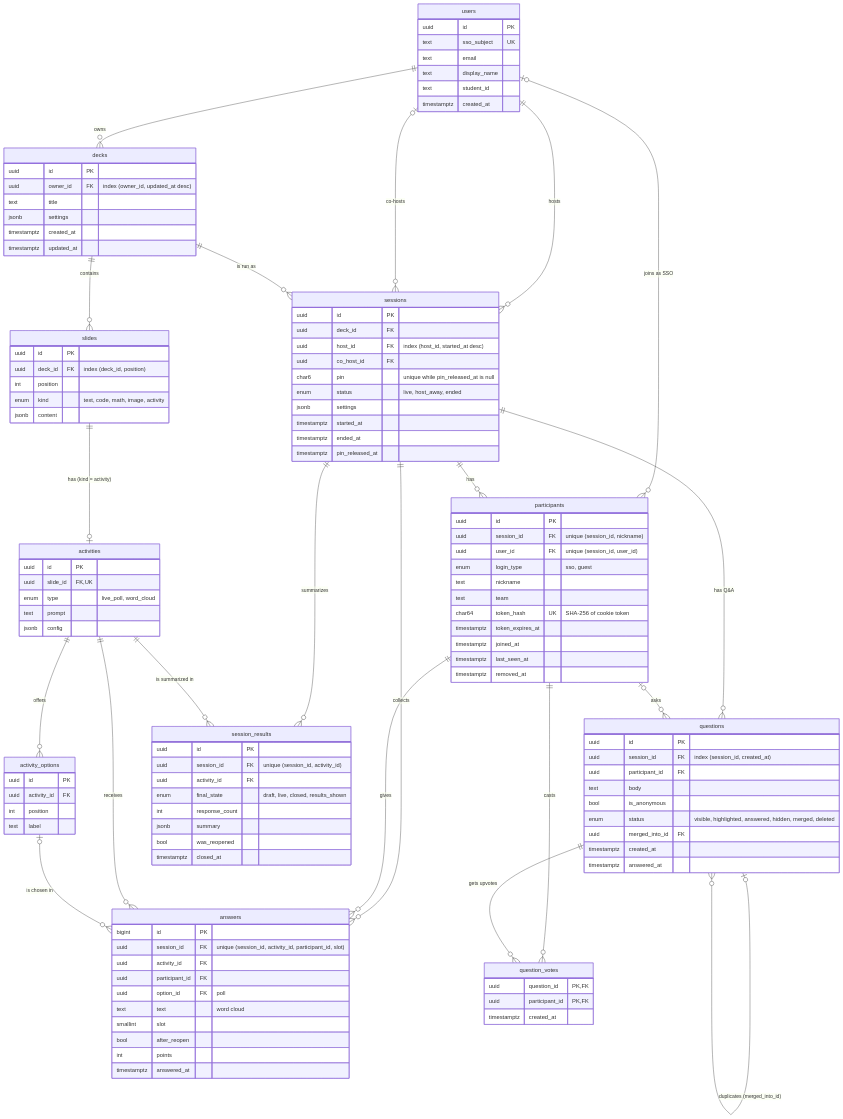
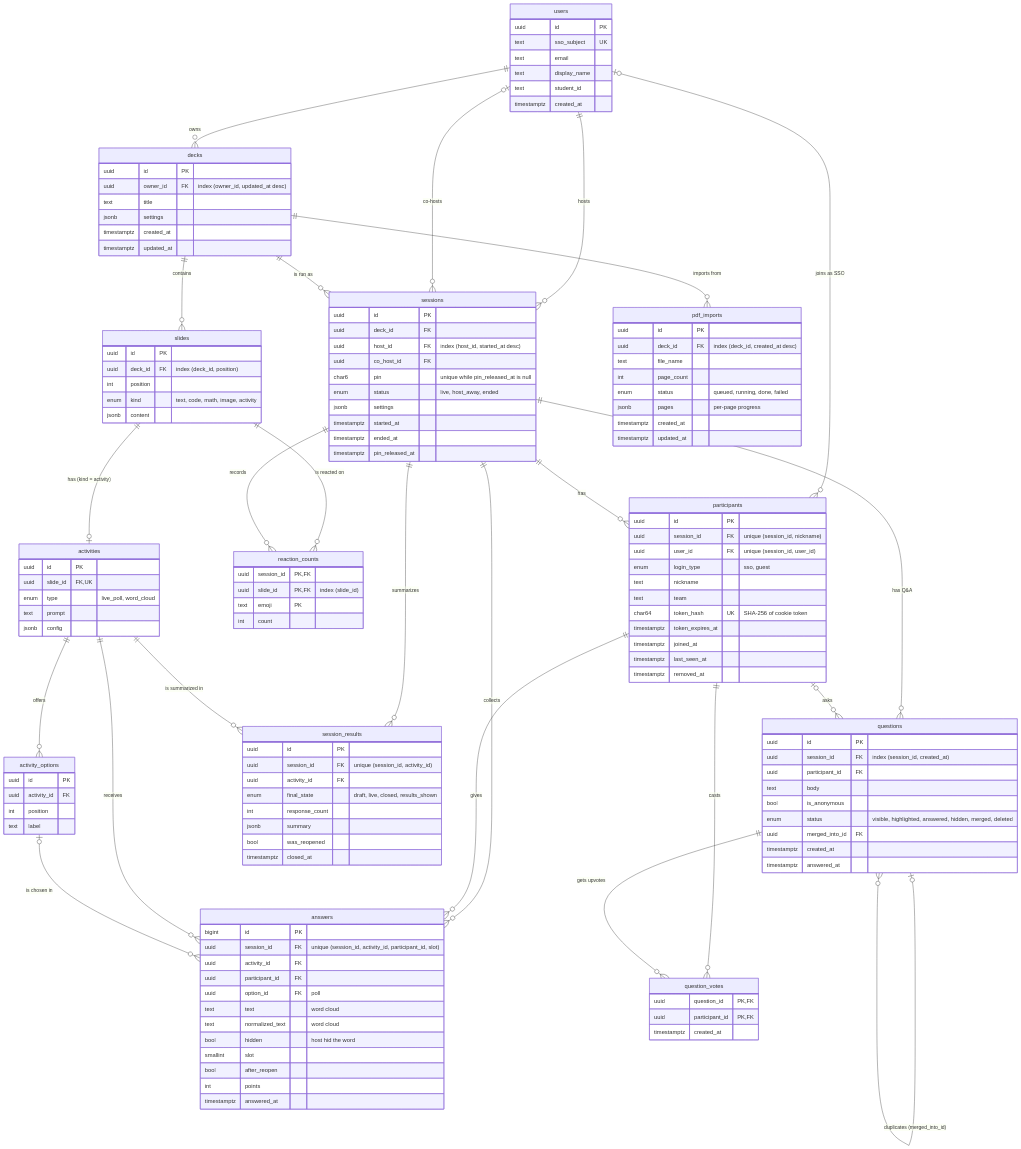
One commit to lnwwaveza007/ModDeck changed the diagram in docs/db/erd.md. Above: the diagram before and after it, drawn with Mermaid. The commit also changed 4 other files, not shown here.

Commit message:
feat: add reaction counts, PDF imports and word moderation columns

```diff
--- a/docs/db/erd.md
+++ b/docs/db/erd.md
@@ -13,6 +13,9 @@
 
     decks ||--o{ slides : contains
     decks ||--o{ sessions : "is run as"
+    decks ||--o{ pdf_imports : "imports from"
+    slides ||--o{ reaction_counts : "is reacted on"
+    sessions ||--o{ reaction_counts : records
 
     slides ||--o| activities : "has (kind = activity)"
     activities ||--o{ activity_options : offers
@@ -101,6 +104,8 @@
         uuid participant_id FK
         uuid option_id FK "poll"
         text text "word cloud"
+        text normalized_text "word cloud"
+        bool hidden "host hid the word"
         smallint slot
         bool after_reopen
         int points
@@ -122,6 +127,22 @@
         uuid participant_id PK, FK
         timestamptz created_at
     }
+    reaction_counts {
+        uuid session_id PK, FK
+        uuid slide_id PK, FK "index (slide_id)"
+        text emoji PK
+        int count
+    }
+    pdf_imports {
+        uuid id PK
+        uuid deck_id FK "index (deck_id, created_at desc)"
+        text file_name
+        int page_count
+        enum status "queued, running, done, failed"
+        jsonb pages "per-page progress"
+        timestamptz created_at
+        timestamptz updated_at
+    }
     session_results {
         uuid id PK
         uuid session_id FK "unique (session_id, activity_id)"
```
